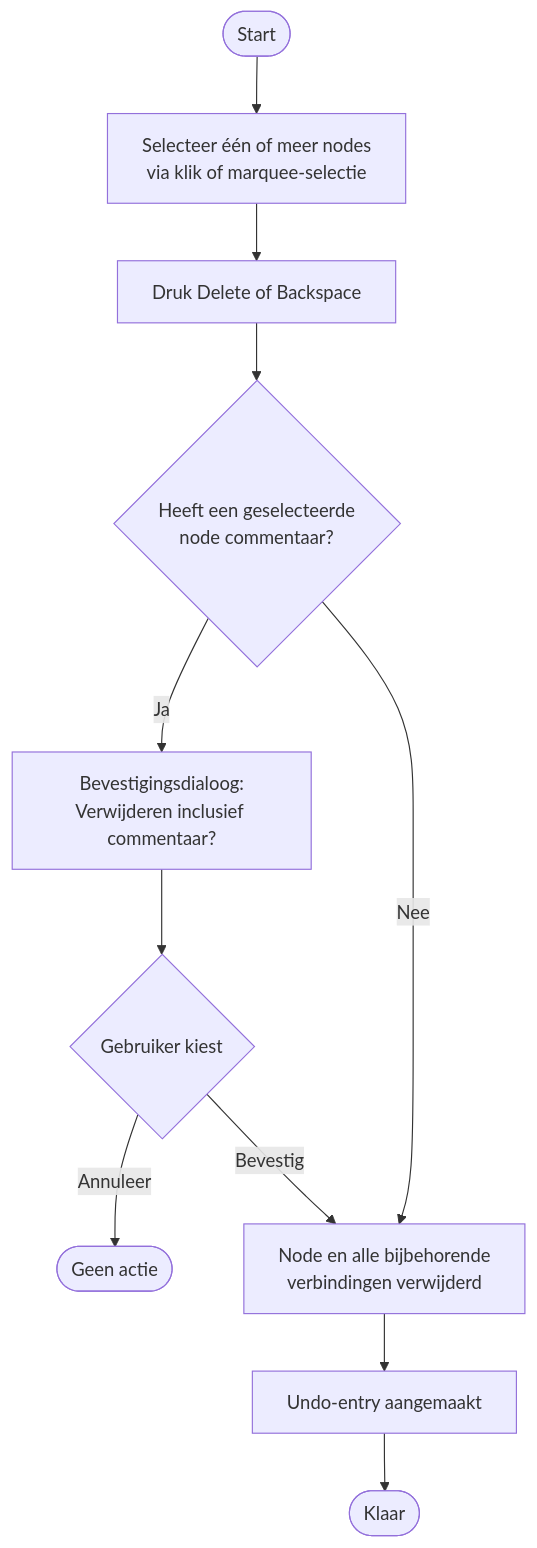
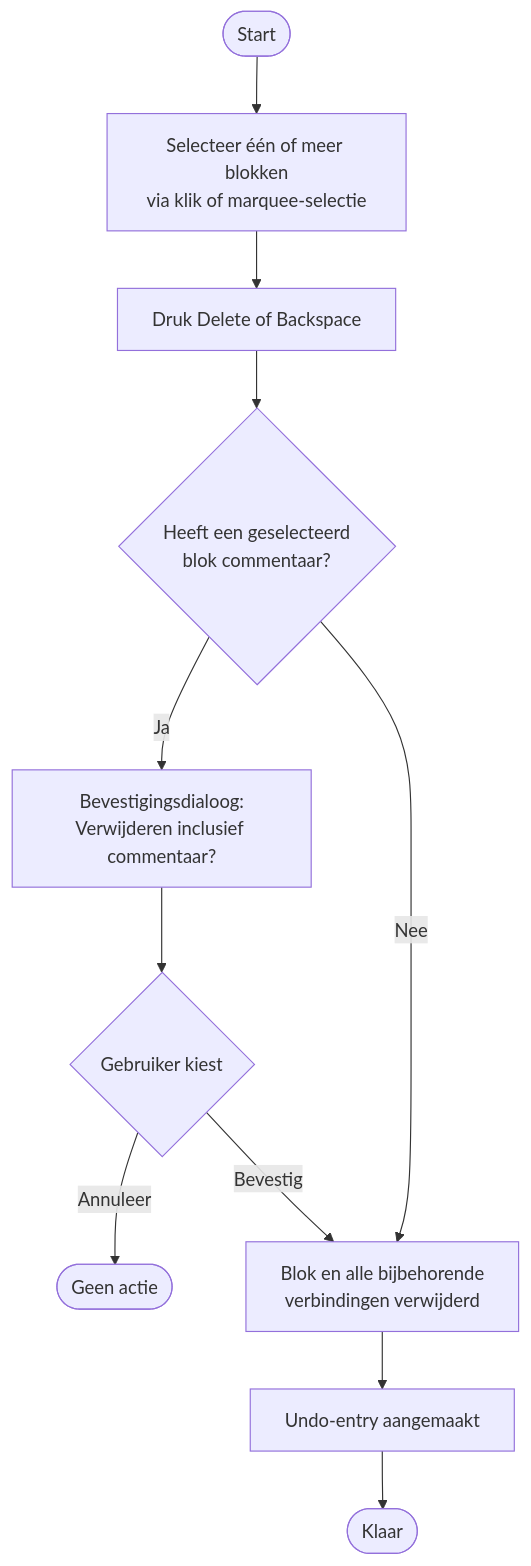
Before and after one commit to GRJX/mmd-flowchart: the fourth of 14 diagrams in USERFLOWS.md, drawn with Mermaid. The commit also changed other lines of this file and 1 other file, not shown here.

Commit message:
refactor: update flowchart syntax for clarity and consistency; enhance user flow descriptions

````diff
--- a/USERFLOWS.md
+++ b/USERFLOWS.md
@@ -78,13 +77,13 @@
 ```mermaid
 flowchart TD
-    A([Start]) --> B[Selecteer één of meer nodes\nvia klik of marquee-selectie]
+    A([Start]) --> B["Selecteer één of meer blokken<br>via klik of marquee-selectie"]
     B --> C[Druk Delete of Backspace]
-    C --> D{Heeft een geselecteerde\nnode commentaar?}
-    D -- Ja --> E[Bevestigingsdialoog:\nVerwijderen inclusief commentaar?]
+    C --> D{"Heeft een geselecteerd<br>blok commentaar?"}
+    D -- Ja --> E["Bevestigingsdialoog:<br>Verwijderen inclusief commentaar?"]
     E --> F{Gebruiker kiest}
     F -- Annuleer --> G([Geen actie])
-    F -- Bevestig --> H[Node en alle bijbehorende\nverbindingen verwijderd]
+    F -- Bevestig --> H["Blok en alle bijbehorende<br>verbindingen verwijderd"]
     D -- Nee --> H
     H --> I[Undo-entry aangemaakt]
     I --> J([Klaar])
 ```
````
